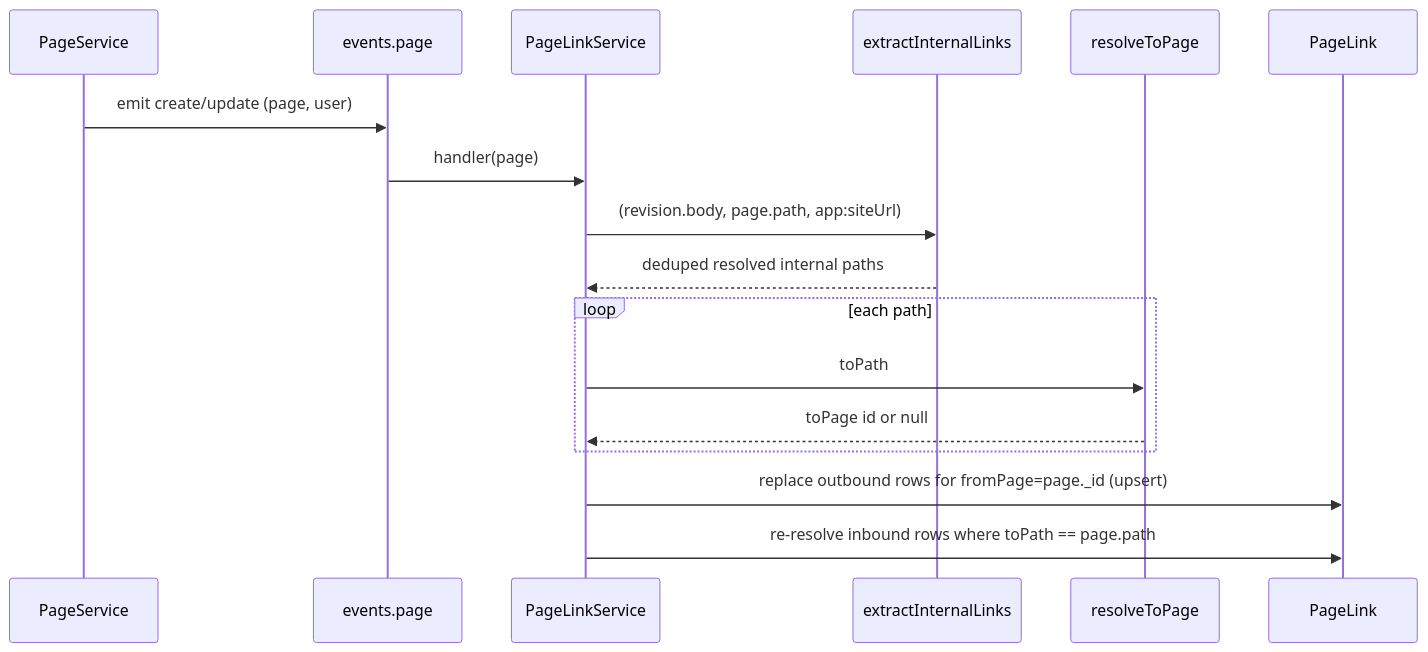
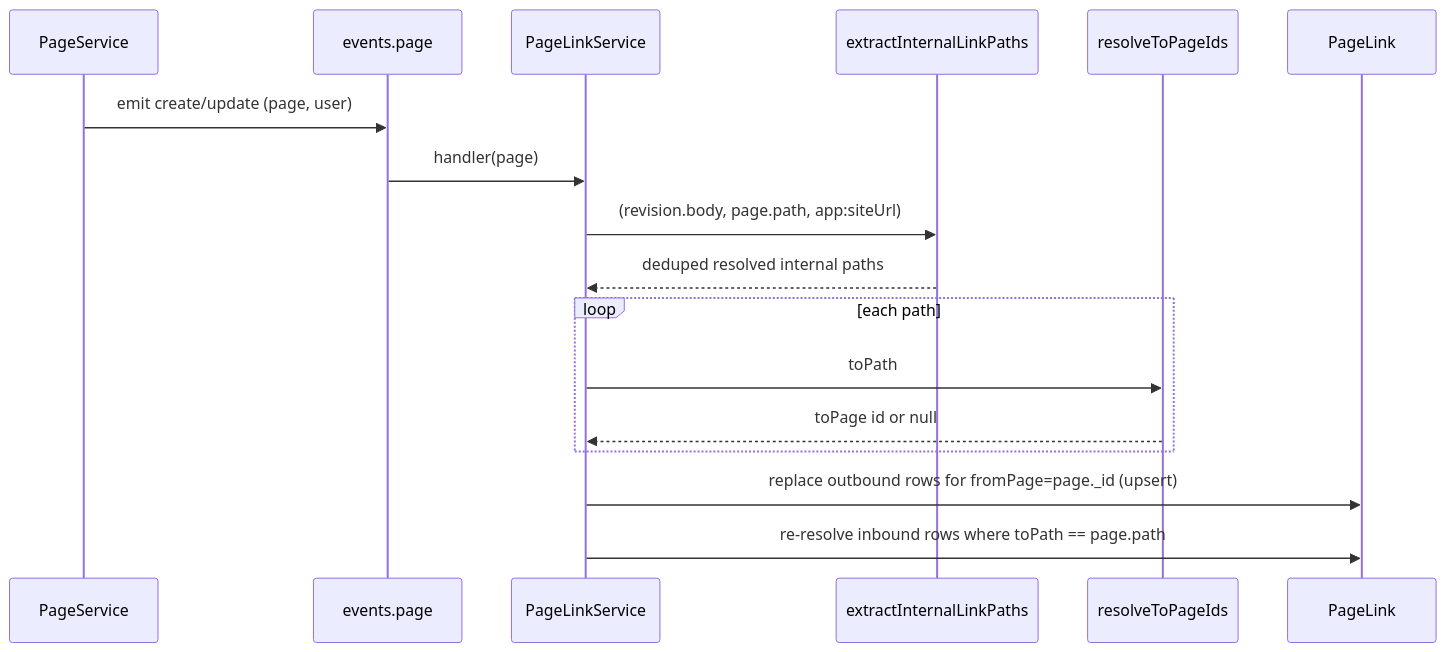
The second of 5 diagrams in .kiro/specs/backlinks/design.md (growilabs/growi), drawn with Mermaid before and after one commit. The commit also changed other lines of this file and 1 other file, not shown here.

````diff
--- a/.kiro/specs/backlinks/design.md
+++ b/.kiro/specs/backlinks/design.md
@@ -227,20 +243,20 @@
 ```mermaid
 sequenceDiagram
     participant PS as PageService
     participant Bus as events.page
     participant Svc as PageLinkService
-    participant Ext as extractInternalLinks
-    participant Res as resolveToPage
+    participant Ext as extractInternalLinkPaths
+    participant Res as resolveToPageIds
     participant DB as PageLink
 
     PS->>Bus: emit create/update (page, user)
     Bus->>Svc: handler(page)
     Svc->>Ext: (revision.body, page.path, app:siteUrl)
     Ext-->>Svc: deduped resolved internal paths
     loop each path
         Svc->>Res: toPath
         Res-->>Svc: toPage id or null
     end
     Svc->>DB: replace outbound rows for fromPage=page._id (upsert)
     Svc->>DB: re-resolve inbound rows where toPath == page.path
 ```
````
